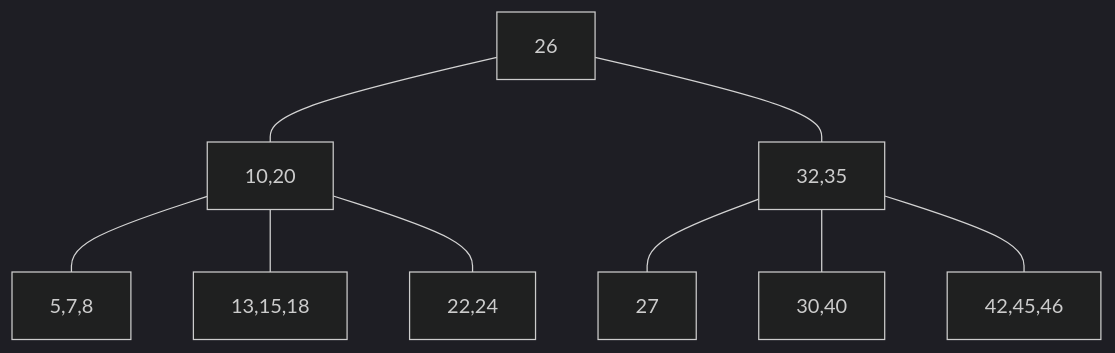
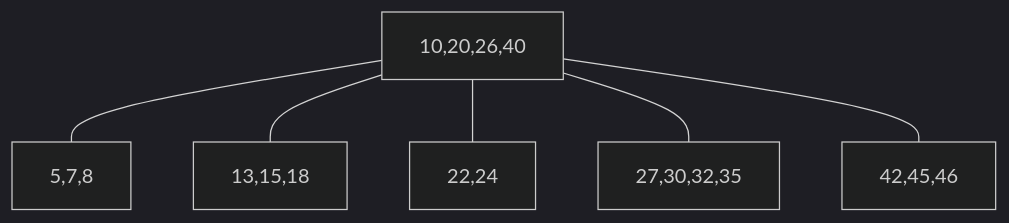
Before and after one commit to Tiggax/Zapiski: the tenth of 10 diagrams in 2. Letnik/Podatkovne strukture in algoritmi/vaje.17-11-2021.md, drawn with Mermaid (dark theme). The commit also changed other lines of this file, not shown here.

Commit message:
flyingarchie backup: 2021-11-17 16:23:19

````diff
--- a/2. Letnik/Podatkovne strukture in algoritmi/vaje.17-11-2021.md
+++ b/2. Letnik/Podatkovne strukture in algoritmi/vaje.17-11-2021.md
@@ -98,12 +99,9 @@
 ```mermaid
 graph TB
-E[26]
-E---A[10,20]
-E---A1[32,35]
+A[10,20,26,40]
 A---B[5,7,8]
 A---B1[13,15,18]
 A---C[22,24]
-A1---C1[27]
-A1---D[30,40]
-A1---D1[42,45,46]
+A---D[27,30,32,35]
+A---D1[42,45,46]
 ```
````
